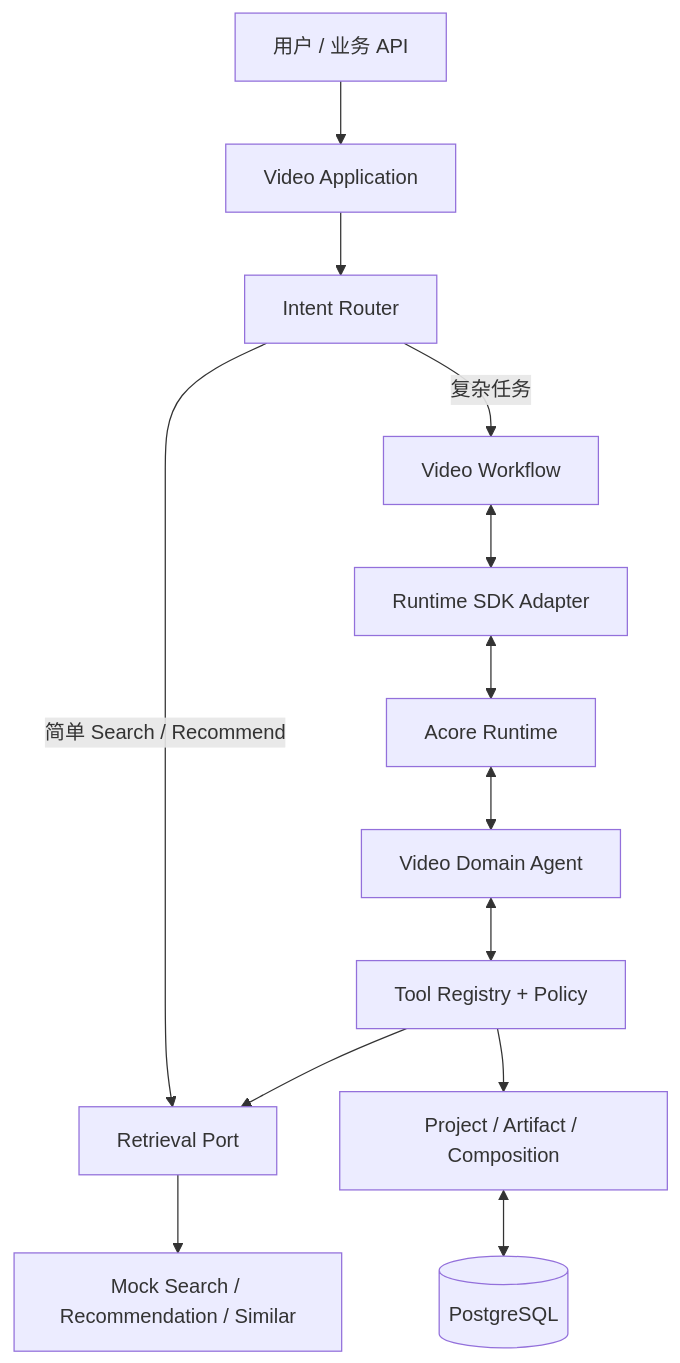
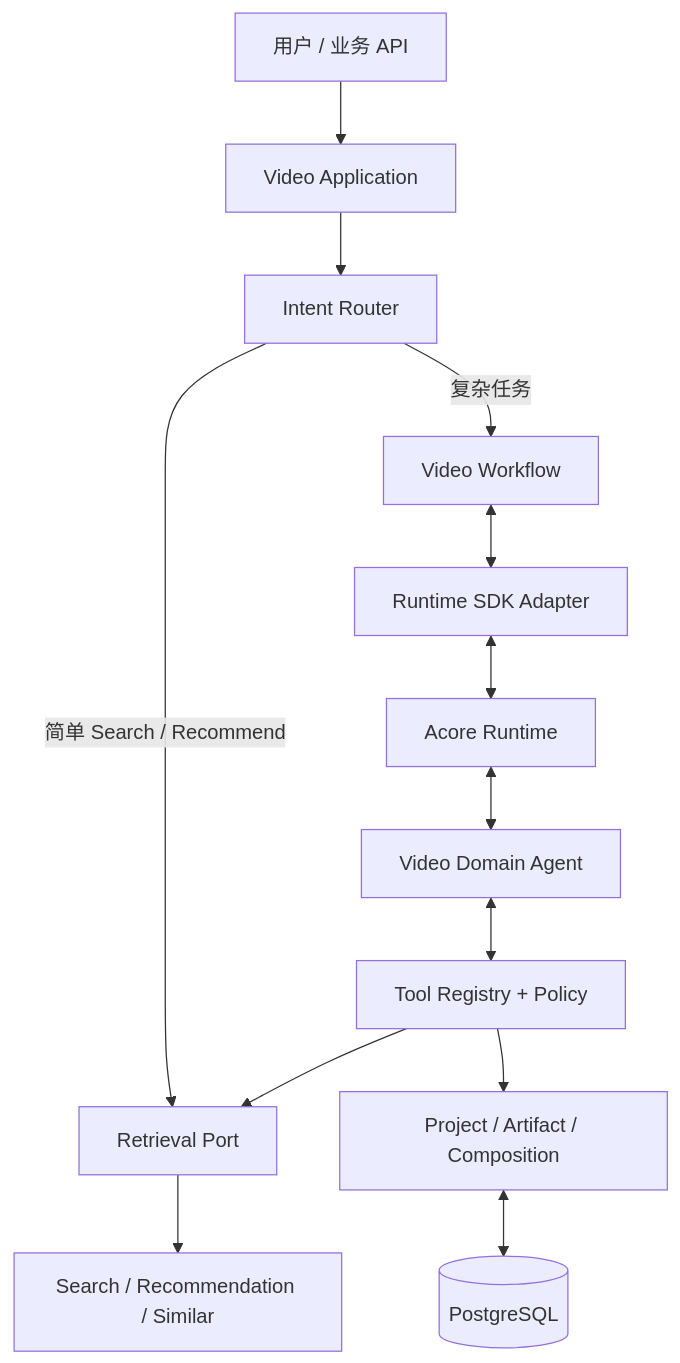
One commit to human-cosmos/search-rec-docs changed the first of 3 diagrams in 00_架构设计总纲.md. Above: the diagram before and after it, drawn with Mermaid. The commit also changed other lines of this file and 4 other files, not shown here.

````diff
--- a/00_架构设计总纲.md
+++ b/00_架构设计总纲.md
@@ -9,15 +11,15 @@
 ```mermaid
 flowchart TB
   U[用户 / 业务 API] --> APP[Video Application]
   APP --> ROUTER[Intent Router]
   ROUTER -->|简单 Search / Recommend| PORT[Retrieval Port]
   ROUTER -->|复杂任务| WF[Video Workflow]
   WF <--> SDK[Runtime SDK Adapter]
   SDK <--> RT[Acore Runtime]
   RT <--> AGENT[Video Domain Agent]
   AGENT <--> TOOLS[Tool Registry + Policy]
   TOOLS --> PORT
   TOOLS --> DOMAIN[Project / Artifact / Composition]
-  PORT --> MOCK[Mock Search / Recommendation / Similar]
+  PORT --> MOCK[Search / Recommendation / Similar]
   DOMAIN <--> DB[(PostgreSQL)]
 ```
````
